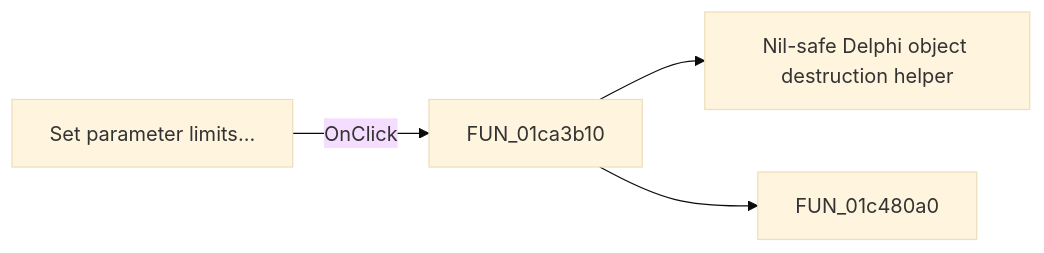
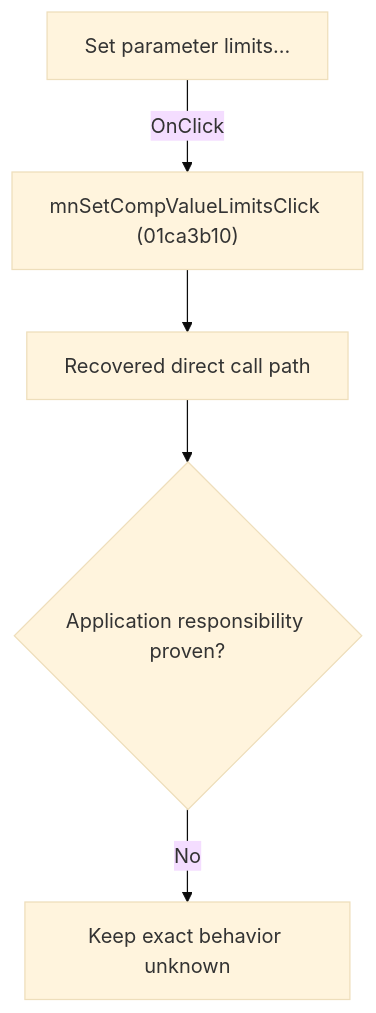
Before and after one commit to MovGP0/TIARA: the diagram in docs/ui-controls/schematiceditor/mnsetcompvaluelimits-54e839cd24.md, drawn with Mermaid (base theme). The commit also changed other lines of this file and 1062 other files, not shown here.

````diff
--- a/docs/ui-controls/schematiceditor/mnsetcompvaluelimits-54e839cd24.md
+++ b/docs/ui-controls/schematiceditor/mnsetcompvaluelimits-54e839cd24.md
@@ -27,6 +27,7 @@
 ```mermaid
-flowchart LR
-    control["Set parameter limits..."] -->|OnClick| handler["FUN_01ca3b10"]
-    handler --> call1["Nil-safe Delphi object destruction helper"]
-    handler --> call2["FUN_01c480a0"]
+flowchart TD
+    control["Set parameter limits..."] -->|"OnClick"| handler["mnSetCompValueLimitsClick (01ca3b10)"]
+    handler --> recovered["Recovered direct call path"]
+    recovered --> gap{"Application responsibility proven?"}
+    gap -->|"No"| blocked["Keep exact behavior unknown"]
 ```
````
